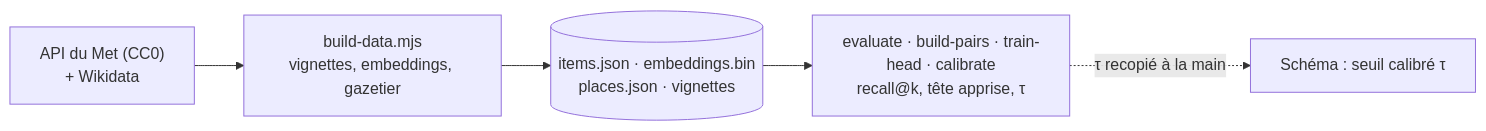
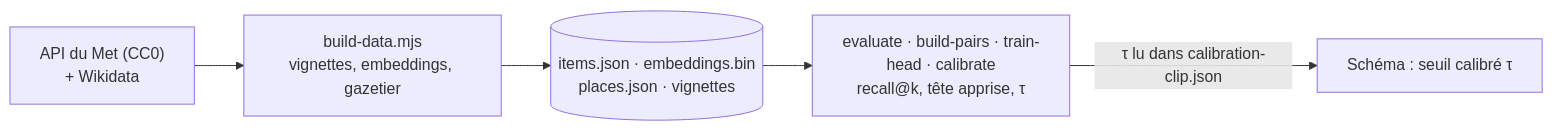
The second of 2 diagrams in README.md (TatianaT13/svelte-collection-explorer), drawn with Mermaid before and after one commit. The commit also changed other lines of this file and 73 other files, not shown here.

````diff
--- a/README.md
+++ b/README.md
@@ -40,12 +40,12 @@
 ```mermaid
 flowchart LR
   MET["API du Met (CC0)<br/>+ Wikidata"]
   BUILD["build-data.mjs<br/>vignettes, embeddings, gazetier"]
   DATA[("items.json · embeddings.bin<br/>places.json · vignettes")]
   EVAL["evaluate · build-pairs · train-head · calibrate<br/>recall@k, tête apprise, τ"]
   CFG["Schéma : seuil calibré τ"]
 
   MET --> BUILD --> DATA
   DATA --> EVAL
-  EVAL -. "τ recopié à la main" .-> CFG
+  EVAL -- "τ lu dans calibration-clip.json" --> CFG
 ```
````
